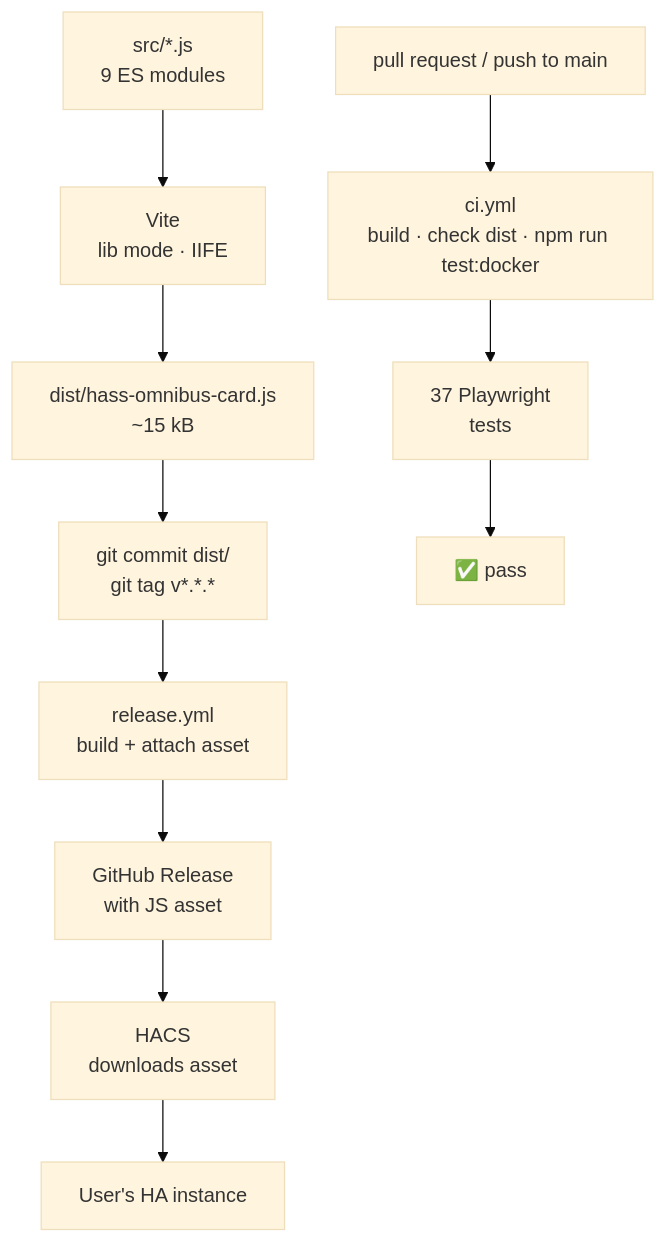
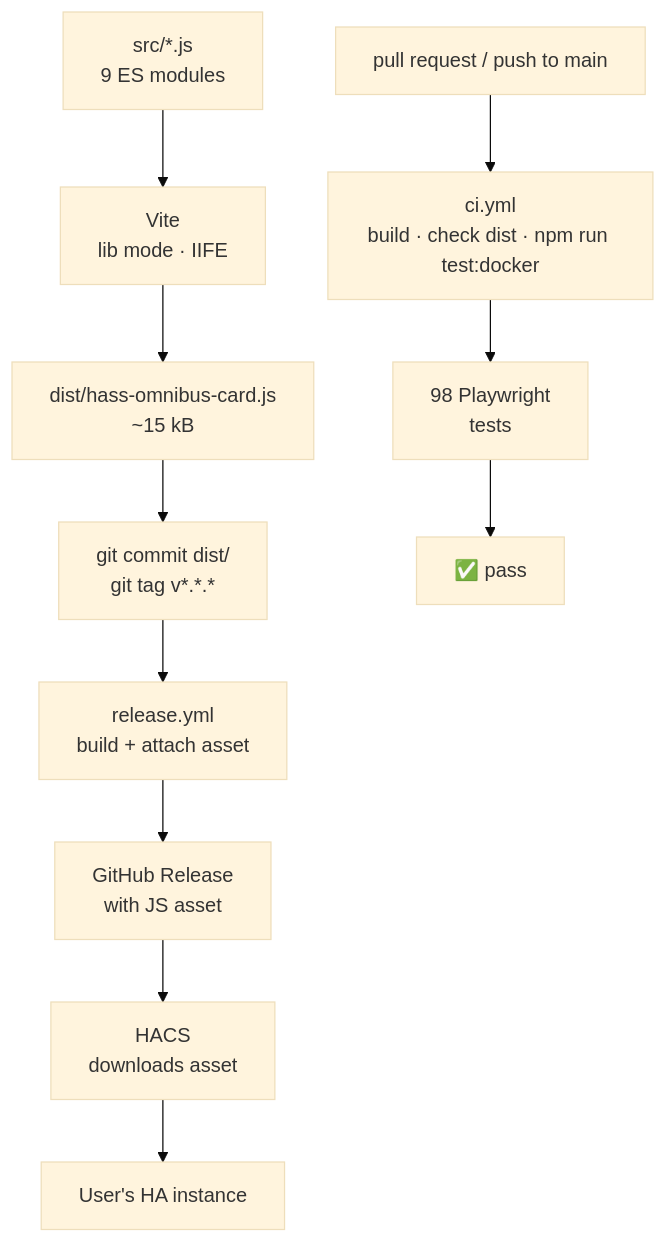
One commit to darknessnerd/hass-omnibus-card changed the third of 3 diagrams in DEVELOPMENT.md. Above: the diagram before and after it, drawn with Mermaid (base theme). The commit also changed other lines of this file and 1 other file, not shown here.

````diff
--- a/DEVELOPMENT.md
+++ b/DEVELOPMENT.md
@@ -123,19 +123,19 @@
 ```mermaid
 flowchart TD
   src["src/*.js\n9 ES modules"]
   vite["Vite\nlib mode · IIFE"]
   dist["dist/hass-omnibus-card.js\n~15 kB"]
   commit["git commit dist/\ngit tag v*.*.*"]
   rel_wf["release.yml\nbuild + attach asset"]
   release["GitHub Release\nwith JS asset"]
   hacs["HACS\ndownloads asset"]
   ha["User's HA instance"]
 
   pr["pull request / push to main"]
   ci_wf["ci.yml\nbuild · check dist · npm run test:docker"]
-  tests["37 Playwright\ntests"]
+  tests["98 Playwright\ntests"]
   pass["✅ pass"]
 
   src --> vite --> dist --> commit --> rel_wf --> release --> hacs --> ha
   pr --> ci_wf --> tests --> pass
 ```
````
